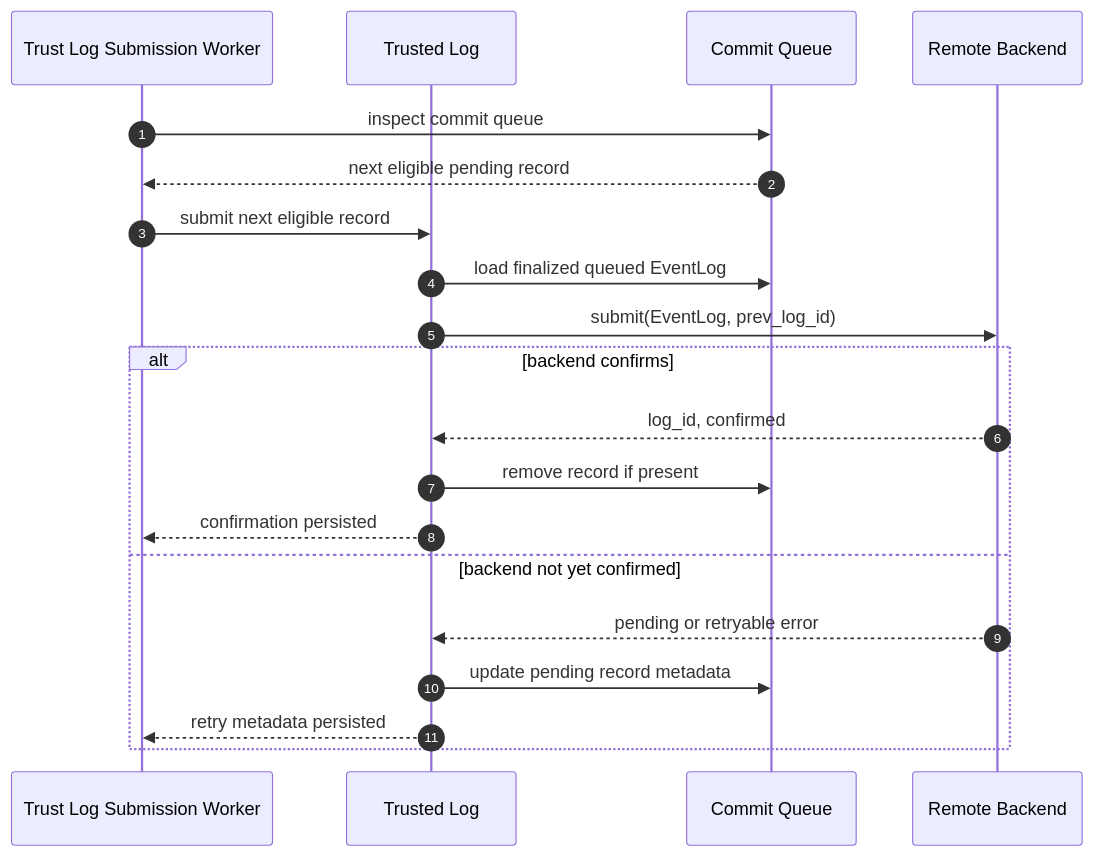
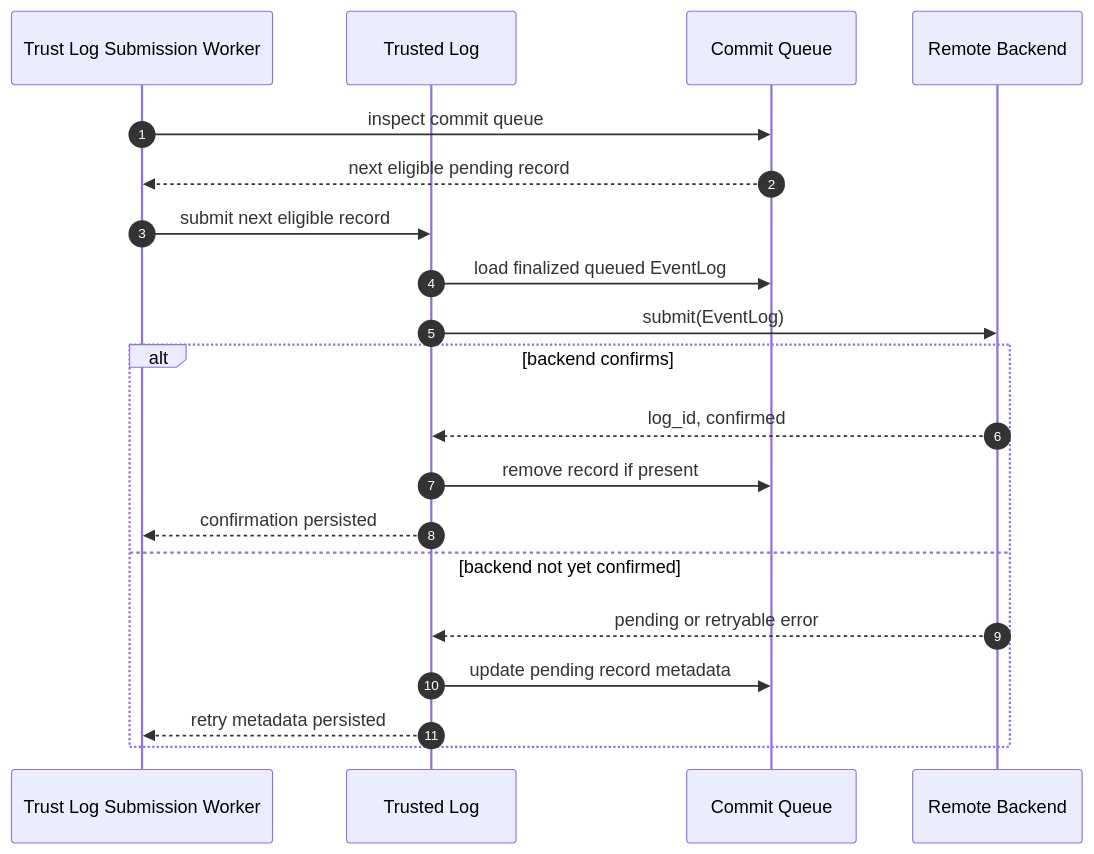
Before and after one commit to intel/confidential-computing-zoo: the seventh of 7 diagrams in docs/trusted-log/architecture.md, drawn with Mermaid. The commit also changed other lines of this file and 100 other files, not shown here.

````diff
--- a/docs/trusted-log/architecture.md
+++ b/docs/trusted-log/architecture.md
@@ -792,25 +806,25 @@
 ```mermaid
 sequenceDiagram
     autonumber
 
     participant TL_SW as Trust Log Submission Worker
     participant TL as Trusted Log
     participant PQ as Commit Queue
     participant RB as Remote Backend
 
     TL_SW->>PQ: inspect commit queue
     PQ-->>TL_SW: next eligible pending record
     TL_SW->>TL: submit next eligible record
     TL->>PQ: load finalized queued EventLog
-    TL->>RB: submit(EventLog, prev_log_id)
+    TL->>RB: submit(EventLog)
 
     alt backend confirms
         RB-->>TL: log_id, confirmed
         TL->>PQ: remove record if present
         TL-->>TL_SW: confirmation persisted
     else backend not yet confirmed
         RB-->>TL: pending or retryable error
         TL->>PQ: update pending record metadata
         TL-->>TL_SW: retry metadata persisted
     end
 ```
````
